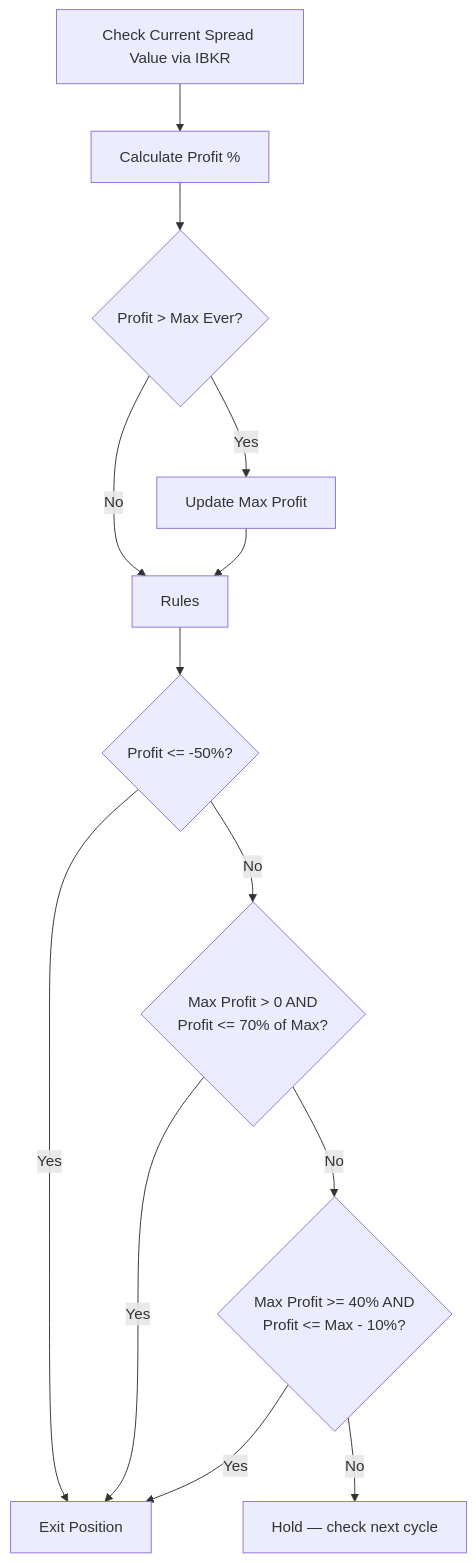
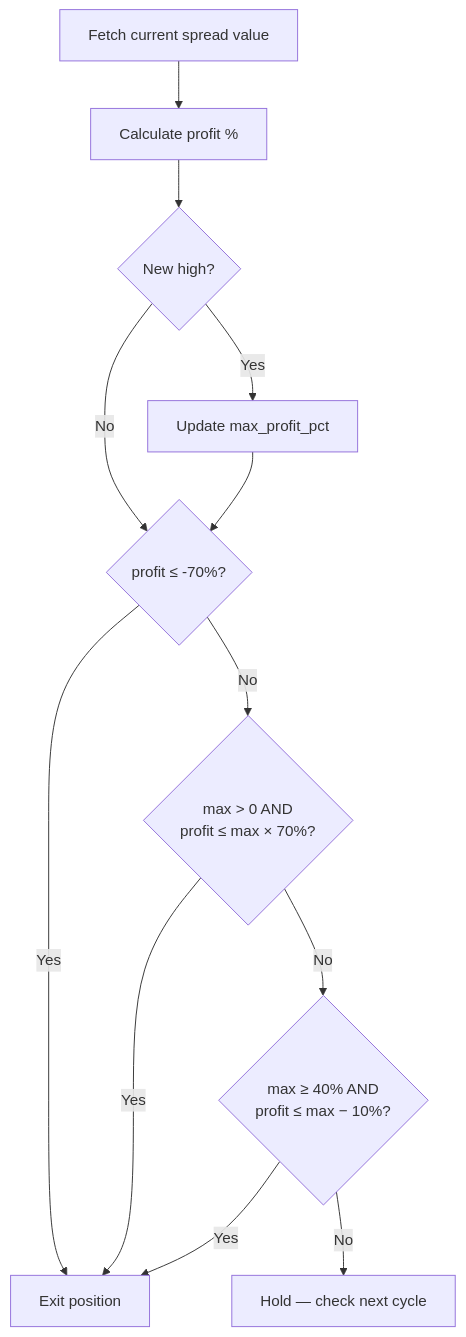
The second of 2 diagrams in docs/HOW_IT_WORKS.md (rakeshnemani/0dte), drawn with Mermaid before and after one commit. The commit also changed other lines of this file and 3 other files, not shown here.

````diff
--- a/docs/HOW_IT_WORKS.md
+++ b/docs/HOW_IT_WORKS.md
@@ -190,16 +215,16 @@
 ```mermaid
 graph TD
-    Evaluate[Check Current Spread Value via IBKR] --> Calc[Calculate Profit %]
-    Calc --> MaxProfit{Profit > Max Ever?}
-    MaxProfit -- Yes --> Update[Update Max Profit]
-    MaxProfit -- No --> Rules
-    Update --> Rules
+    Fetch[Fetch current spread value] --> Calc[Calculate profit %]
+    Calc --> UpdateMax{New high?}
+    UpdateMax -- Yes --> SetMax[Update max_profit_pct]
+    UpdateMax -- No --> R1
+    SetMax --> R1
 
-    Rules --> Rule1{Profit <= -50%?}
-    Rule1 -- Yes --> Sell[Exit Position]
-    Rule1 -- No --> Rule2{Max Profit > 0 AND<br/>Profit <= 70% of Max?}
-    Rule2 -- Yes --> Sell
-    Rule2 -- No --> Rule3{Max Profit >= 40% AND<br/>Profit <= Max - 10%?}
-    Rule3 -- Yes --> Sell
-    Rule3 -- No --> Hold[Hold — check next cycle]
+    R1{profit ≤ -70%?}
+    R1 -- Yes --> Exit[Exit position]
+    R1 -- No --> R2{max > 0 AND\nprofit ≤ max × 70%?}
+    R2 -- Yes --> Exit
+    R2 -- No --> R3{max ≥ 40% AND\nprofit ≤ max − 10%?}
+    R3 -- Yes --> Exit
+    R3 -- No --> Hold[Hold — check next cycle]
 ```
````
